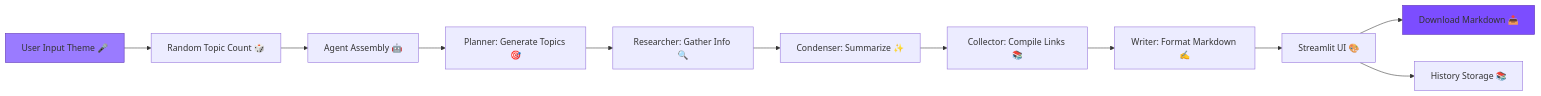
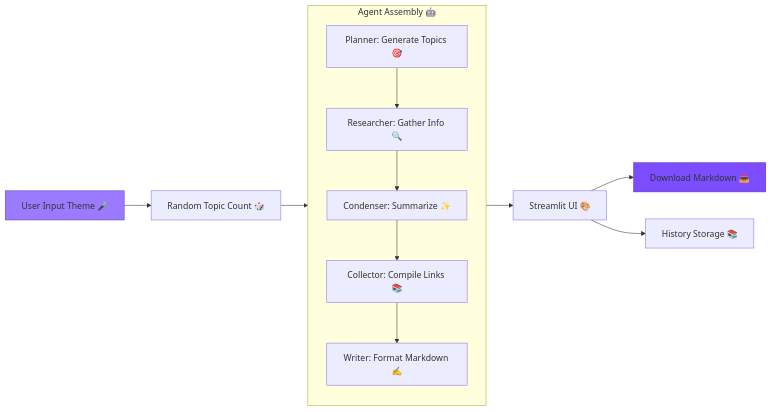
The diagram in README.md (rakshita-vijay/rag-agentic-ai), drawn with Mermaid before and after one commit.

````diff
--- a/README.md
+++ b/README.md
@@ -92,15 +92,20 @@
 ```mermaid
 graph LR
-    A[User Input Theme 🎤] --> B[Random Topic Count 🎲]
-    B --> C[Agent Assembly 🤖]
-    C --> D[Planner: Generate Topics 🎯]
-    D --> E[Researcher: Gather Info 🔍]
-    E --> F[Condenser: Summarize ✨]
-    F --> G[Collector: Compile Links 📚]
-    G --> H[Writer: Format Markdown ✍️]
-    H --> I[Streamlit UI 🎨]
+    A[User Input Theme 🎤] --> B[Random Topic Count 🎲] 
+
+    I[Streamlit UI 🎨]
     I --> J[Download Markdown 📥]
     I --> K[History Storage 📚]
+
+    subgraph Crew["Agent Assembly 🤖"]
+        D[Planner: Generate Topics 🎯]
+        D --> E[Researcher: Gather Info 🔍]
+        E --> F[Condenser: Summarize ✨]
+        F --> G[Collector: Compile Links 📚]
+        G --> H[Writer: Format Markdown ✍️]
+    end
+    B --> Crew
+    Crew --> I
     style A fill:#9a7bff,stroke:#5e35b1
     style J fill:#7c4dff,stroke:#5e35b1
 ```
````
